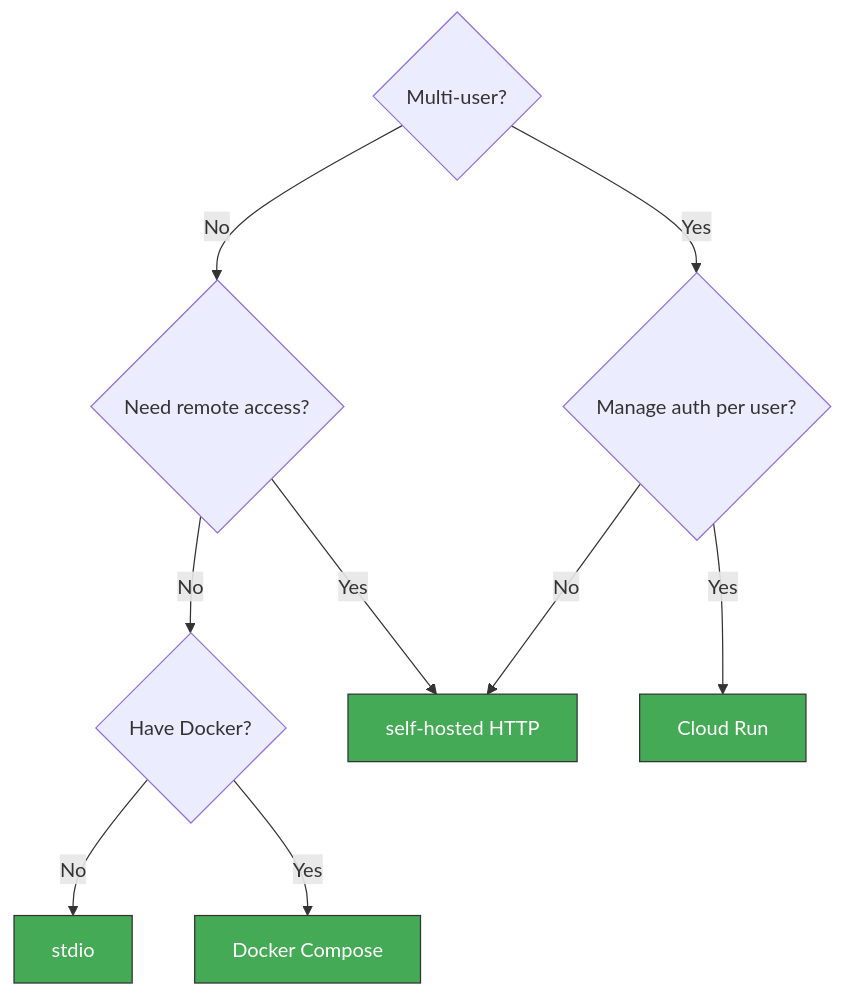
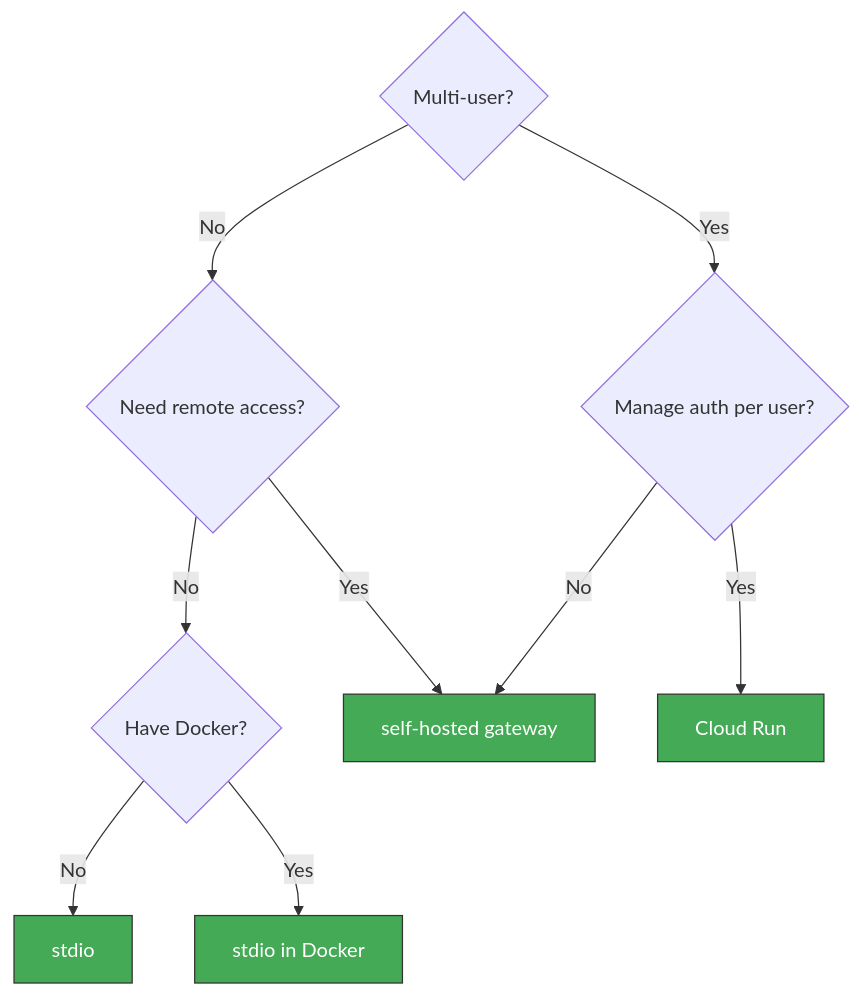
Before and after one commit to shigechika/jquants-mcp: the first of 5 diagrams in docs/deploy/README.md, drawn with Mermaid. The commit also changed other lines of this file and 14 other files, not shown here.

````diff
--- a/docs/deploy/README.md
+++ b/docs/deploy/README.md
@@ -14,20 +19,20 @@
 ```mermaid
 flowchart TD
     Q1{"Multi-user?"}
     Q1 -->|No| Q2{"Need remote access?"}
     Q1 -->|Yes| Q3{"Manage auth per user?"}
 
     Q2 -->|No| Q4{"Have Docker?"}
-    Q2 -->|Yes| R3["self-hosted HTTP"]
+    Q2 -->|Yes| R3["self-hosted gateway"]
 
     Q4 -->|No| R2["stdio"]
-    Q4 -->|Yes| R1["Docker Compose"]
+    Q4 -->|Yes| R1["stdio in Docker"]
 
     Q3 -->|No| R3
     Q3 -->|Yes| R4["Cloud Run"]
 
     style R1 fill:#4a5,stroke:#333,color:#fff
     style R2 fill:#4a5,stroke:#333,color:#fff
     style R3 fill:#4a5,stroke:#333,color:#fff
     style R4 fill:#4a5,stroke:#333,color:#fff
 ```
````
